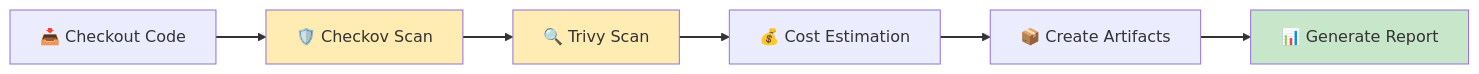
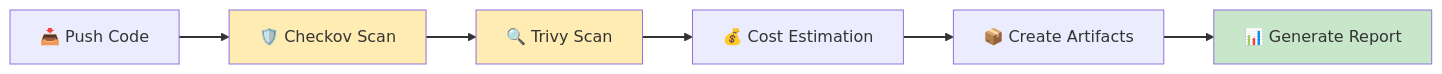
One commit to Celtikill/static-site changed the second of 5 diagrams in docs/ci-cd.md. Above: the diagram before and after it, drawn with Mermaid. The commit also changed 2 other files, not shown here.

Commit message:
fix: json fmt, tf fmt in build

````diff
--- a/docs/ci-cd.md
+++ b/docs/ci-cd.md
@@ -128,22 +128,22 @@
 ```mermaid
 %%{init: {'theme':'default', 'themeVariables': {'fontSize':'16px'}}}%%
 graph LR
     accTitle: BUILD Phase Security Scanning Workflow
     accDescr: Sequential security validation workflow in the BUILD phase ensuring infrastructure-as-code security before deployment. The workflow begins by checking out source code from the repository. Checkov performs infrastructure-as-code security scanning validating Terraform configurations against 50+ built-in security policies covering AWS security best practices, CIS benchmarks, and compliance frameworks. Trivy conducts vulnerability scanning of dependencies, container images, and infrastructure configurations detecting known CVEs and security misconfigurations. Cost estimation analyzes proposed infrastructure changes predicting AWS costs for budget validation and cost optimization. Artifact creation packages validated code and scan results for downstream pipeline phases. Report generation produces comprehensive security summaries with pass/fail status, vulnerability counts, and remediation guidance. The BUILD phase completes in approximately 20 seconds providing rapid security feedback. Failed security scans block the pipeline immediately preventing vulnerable code from advancing to deployment, implementing fail-fast security principles that reduce remediation costs.
 
-    A["📥 Checkout Code"] --> B["🛡️ Checkov Scan"]
+    A["📥 Push Code"] --> B["🛡️ Checkov Scan"]
     B --> C["🔍 Trivy Scan"]
     C --> D["💰 Cost Estimation"]
     D --> E["📦 Create Artifacts"]
     E --> F["📊 Generate Report"]
 
     style B fill:#ffecb3
     style C fill:#ffecb3
     style F fill:#c8e6c9
 
     linkStyle 0 stroke:#333333,stroke-width:2px
     linkStyle 1 stroke:#333333,stroke-width:2px
     linkStyle 2 stroke:#333333,stroke-width:2px
     linkStyle 3 stroke:#333333,stroke-width:2px
     linkStyle 4 stroke:#333333,stroke-width:2px
 ```
````
